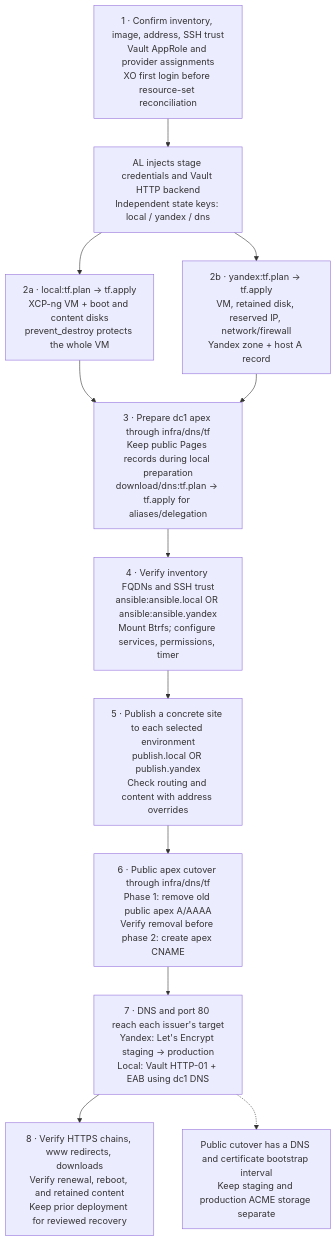
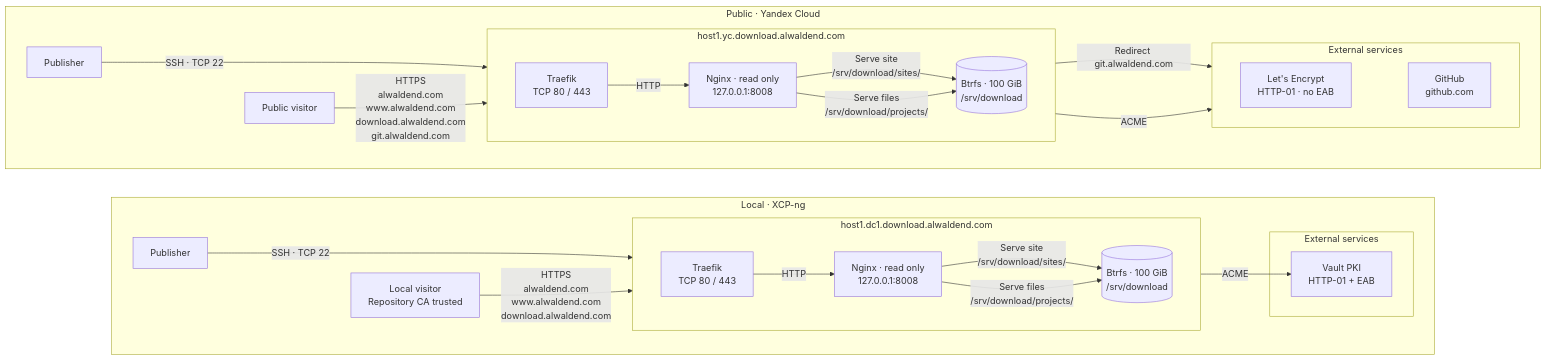
Before and after one commit to alwaldend/src: the diagram in infra/download/docs/deployment.mmd, drawn with Mermaid. The commit also changed 94 other files, not shown here.

```diff
--- a/infra/download/docs/deployment.mmd
+++ b/infra/download/docs/deployment.mmd
@@ -1,14 +1,54 @@
 flowchart TB
-    prerequisites[1 · Confirm inventory, image, address, SSH trust<br/>Vault AppRole and provider assignments<br/>XO first login before resource-set reconciliation]
-    auth[AL injects stage credentials and Vault HTTP backend<br/>Independent state keys: local / yandex / dns]
-    prerequisites --> auth
-    auth --> local[2a · local:tf.plan → tf.apply<br/>XCP-ng VM + boot and content disks<br/>prevent_destroy protects the whole VM]
-    auth --> cloud[2b · yandex:tf.plan → tf.apply<br/>VM, retained disk, reserved IP, network/firewall<br/>Yandex zone + host A record]
-    local --> dns[3 · Prepare dc1 apex through infra/dns/tf<br/>Keep public Pages records during local preparation<br/>download/dns:tf.plan → tf.apply for aliases/delegation]
-    cloud --> dns
-    dns --> hosts[4 · Verify inventory FQDNs and SSH trust<br/>ansible:ansible.local OR ansible:ansible.yandex<br/>Mount Btrfs; configure services, permissions, timer]
-    hosts --> publish[5 · Publish a concrete site to each selected environment<br/>publish.local OR publish.yandex<br/>Check routing and content with address overrides]
-    publish --> cutover[6 · Public apex cutover through infra/dns/tf<br/>Phase 1: remove old public apex A/AAAA<br/>Verify removal before phase 2: create apex CNAME]
-    cutover --> certificates[7 · DNS and port 80 reach each issuer's target<br/>Yandex: Let's Encrypt staging → production<br/>Local: Vault HTTP-01 + EAB using dc1 DNS]
-    certificates --> acceptance[8 · Verify HTTPS chains, www redirects, downloads<br/>Verify renewal, reboot, and retained content<br/>Keep prior deployment for reviewed recovery]
-    certificates -.-> interval[Public cutover has a DNS and certificate bootstrap interval<br/>Keep staging and production ACME storage separate]
+    subgraph yandex["Public · Yandex Cloud"]
+        direction LR
+        public_visitor["Public visitor"]
+
+        public_publisher["Publisher"]
+
+        subgraph yandex_vm["host1.yc.download.alwaldend.com"]
+            direction LR
+            public_traefik["Traefik<br/>TCP 80 / 443"]
+            public_nginx["Nginx · read only<br/>127.0.0.1:8008"]
+            public_storage[("Btrfs · 100 GiB<br/>/srv/download")]
+            public_traefik -->|HTTP| public_nginx
+            public_nginx -->|"Serve site<br/>/srv/download/sites/"| public_storage
+            public_nginx -->|"Serve files<br/>/srv/download/projects/"| public_storage
+        end
+
+        public_publisher ---->|"SSH · TCP 22"| public_storage
+        public_visitor -->|"HTTPS<br/>alwaldend.com<br/>www.alwaldend.com<br/>download.alwaldend.com<br/>git.alwaldend.com"| public_traefik
+        subgraph public_external["External services"]
+            direction LR
+            public_acme["Let's Encrypt<br/>HTTP-01 · no EAB"]
+            github["GitHub<br/>github.com"]
+            public_acme ~~~ github
+        end
+        public_traefik -->|"Redirect git.alwaldend.com"| github
+        public_traefik -->|ACME| public_acme
+    end
+
+    subgraph local["Local · XCP-ng"]
+        direction LR
+        local_visitor["Local visitor<br/>Repository CA trusted"]
+
+        local_publisher["Publisher"]
+
+        subgraph local_vm["host1.dc1.download.alwaldend.com"]
+            direction LR
+            local_traefik["Traefik<br/>TCP 80 / 443"]
+            local_nginx["Nginx · read only<br/>127.0.0.1:8008"]
+            local_storage[("Btrfs · 100 GiB<br/>/srv/download")]
+            local_traefik -->|HTTP| local_nginx
+            local_nginx -->|"Serve site<br/>/srv/download/sites/"| local_storage
+            local_nginx -->|"Serve files<br/>/srv/download/projects/"| local_storage
+        end
+
+        local_publisher ---->|"SSH · TCP 22"| local_storage
+        local_visitor -->|"HTTPS<br/>alwaldend.com<br/>www.alwaldend.com<br/>download.alwaldend.com"| local_traefik
+        subgraph local_external["External services"]
+            local_vault["Vault PKI<br/>HTTP-01 + EAB"]
+        end
+        local_traefik -->|ACME| local_vault
+    end
+
+    yandex ~~~ local
```
